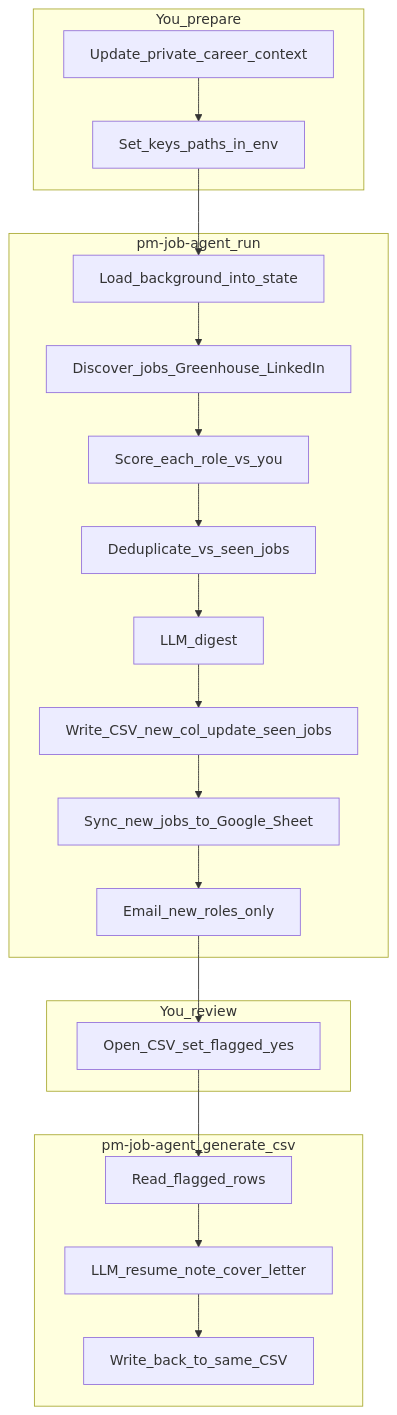
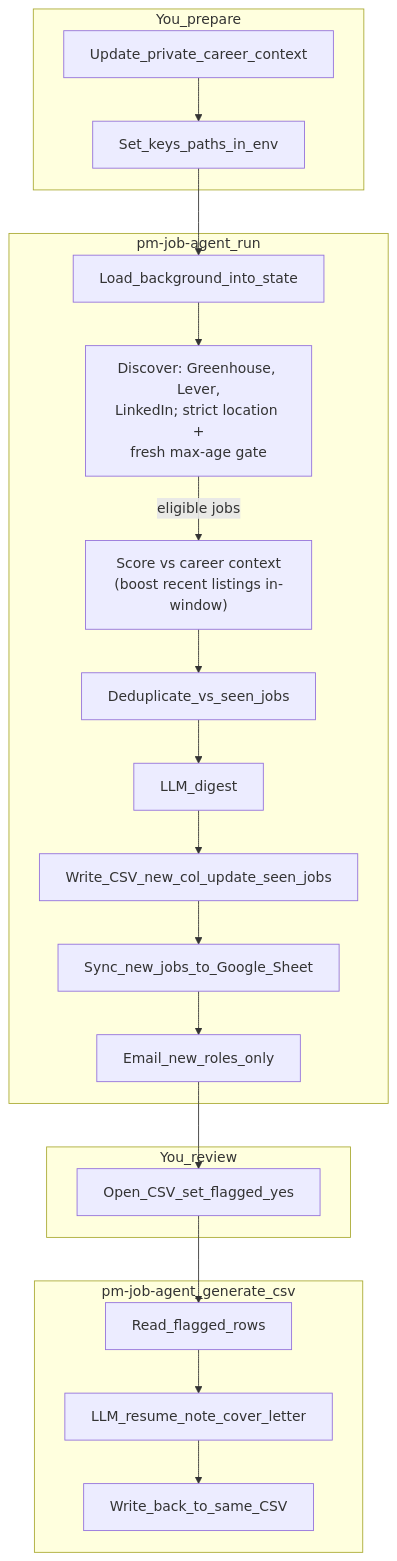
Before and after one commit to ravigahlla/pm-job-agent: the first of 2 diagrams in README.md, drawn with Mermaid. The commit also changed other lines of this file, not shown here.

Commit message:
docs(readme): align diagrams with freshness and location filtering
Architecture Mermaid clarifies discovery (sources, location + freshness gate), scoring recency ranking, labeled discover→score edge, and a short caption pointing at search_profile.yaml. Phase 2 roadmap s2 lists freshness cutoff/CSV audit fields and configurable location filtering.

````diff
--- a/README.md
+++ b/README.md
@@ -35,42 +35,42 @@
 ```mermaid
 flowchart TB
   subgraph prep [You_prepare]
     writeContext[Update_private_career_context]
     writeEnv[Set_keys_paths_in_env]
   end
 
   subgraph run [pm-job-agent_run]
     loadBg[Load_background_into_state]
-    gather[Discover_jobs_Greenhouse_LinkedIn]
-    rank[Score_each_role_vs_you]
+    gather["Discover: Greenhouse, Lever,\nLinkedIn; strict location +\nfresh max-age gate"]
+    rank["Score vs career context\n(boost recent listings in-window)"]
     dedup[Deduplicate_vs_seen_jobs]
     digest[LLM_digest]
     persist[Write_CSV_new_col_update_seen_jobs]
     syncSheets[Sync_new_jobs_to_Google_Sheet]
     notifyEmail["Email_new_roles_only"]
   end
 
   subgraph review [You_review]
     openCSV[Open_CSV_set_flagged_yes]
   end
 
   subgraph generate [pm-job-agent_generate_csv]
     readFlagged[Read_flagged_rows]
     genDocs[LLM_resume_note_cover_letter]
     writeBack[Write_back_to_same_CSV]
   end
 
   writeContext --> writeEnv
   writeEnv --> loadBg
   loadBg --> gather
-  gather --> rank
+  gather -->|"eligible jobs"| rank
   rank --> dedup
   dedup --> digest
   digest --> persist
   persist --> syncSheets
   syncSheets --> notifyEmail
   notifyEmail --> openCSV
   openCSV --> readFlagged
   readFlagged --> genDocs
   genDocs --> writeBack
 ```
````
